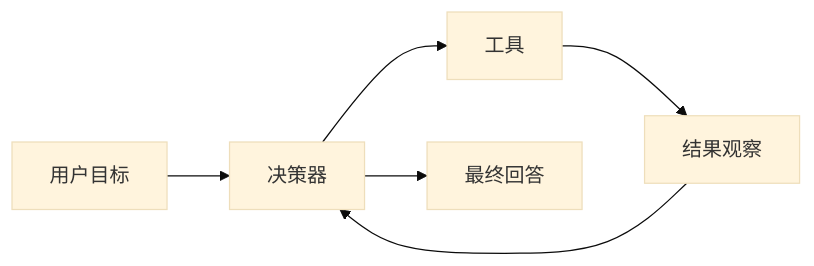
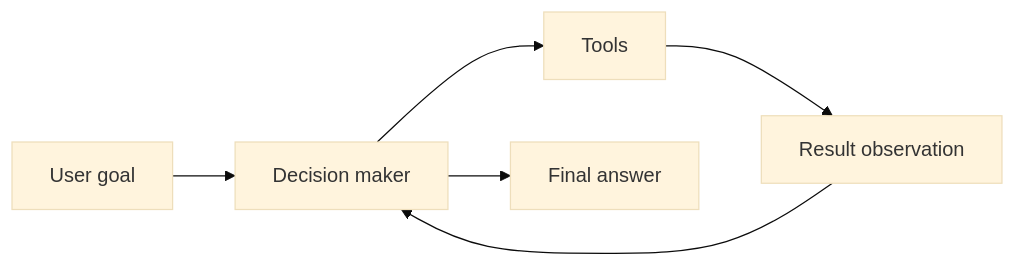
One commit to oudbiao/AI-fullstack-course changed the second of 3 diagrams in docs/ch09-agent/ch01-agent-basics/01-what-is-agent.md. Above: the diagram before and after it, drawn with Mermaid (base theme). The commit also changed other lines of this file and 1406 other files, not shown here.

````diff
--- a/docs/ch09-agent/ch01-agent-basics/01-what-is-agent.md
+++ b/docs/ch09-agent/ch01-agent-basics/01-what-is-agent.md
@@ -211,8 +211,8 @@
 ```mermaid
 flowchart LR
-    A["用户目标"] --> B["决策器"]
-    B --> C["工具"]
-    C --> D["结果观察"]
+    A["User goal"] --> B["Decision maker"]
+    B --> C["Tools"]
+    C --> D["Result observation"]
     D --> B
-    B --> E["最终回答"]
+    B --> E["Final answer"]
 ```
````
